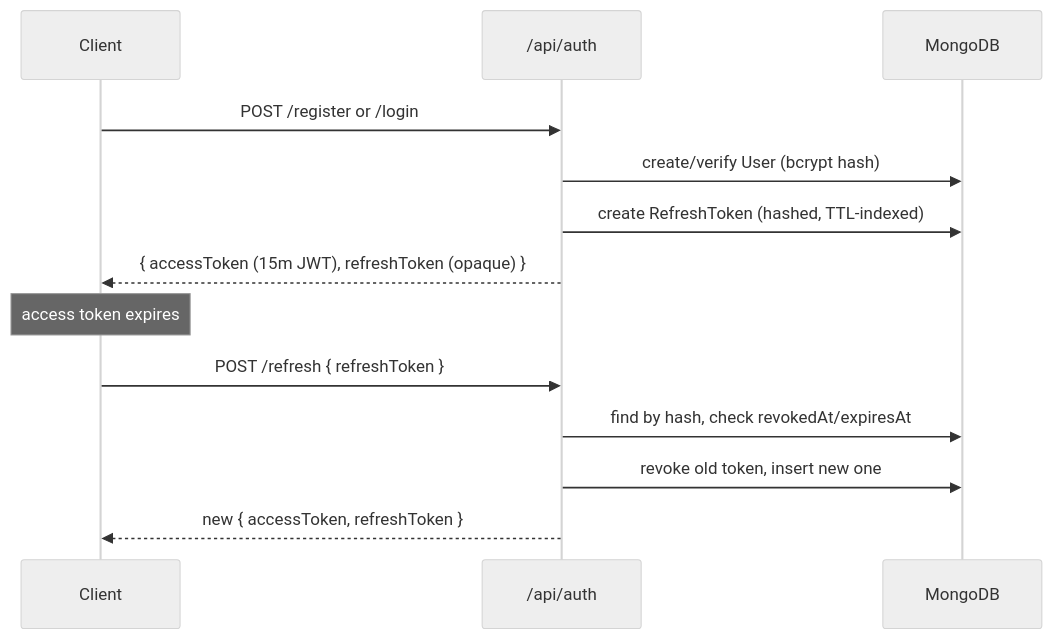
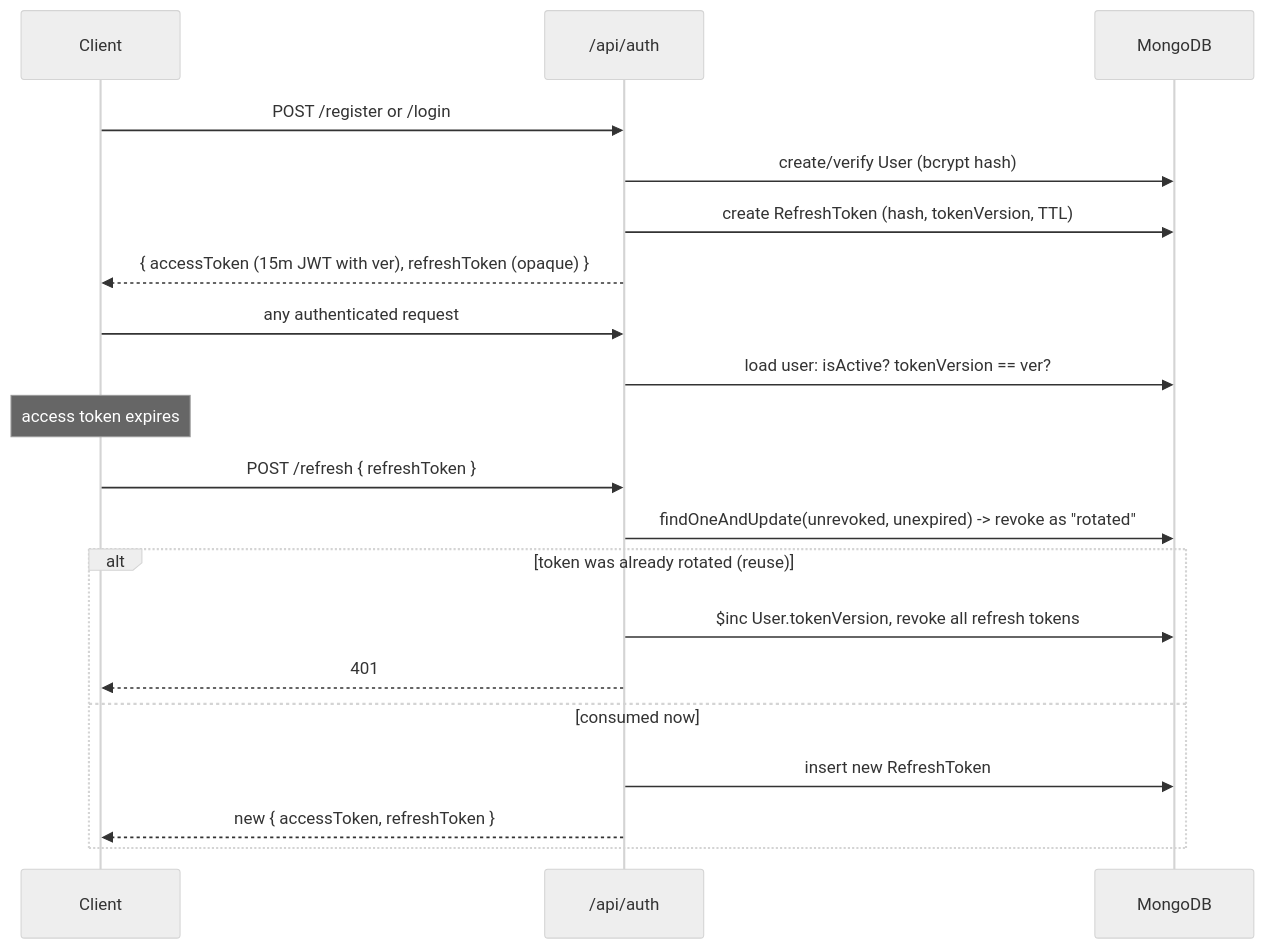
Before and after one commit to mohatab/recruitment-investment-api: the second of 4 diagrams in docs/ARCHITECTURE.md, drawn with Mermaid (neutral theme). The commit also changed other lines of this file and 35 other files, not shown here.

````diff
--- a/docs/ARCHITECTURE.md
+++ b/docs/ARCHITECTURE.md
@@ -61,17 +61,25 @@
 ```mermaid
 sequenceDiagram
     participant C as Client
     participant Auth as /api/auth
     participant DB as MongoDB
 
     C->>Auth: POST /register or /login
     Auth->>DB: create/verify User (bcrypt hash)
-    Auth->>DB: create RefreshToken (hashed, TTL-indexed)
-    Auth-->>C: { accessToken (15m JWT), refreshToken (opaque) }
+    Auth->>DB: create RefreshToken (hash, tokenVersion, TTL)
+    Auth-->>C: { accessToken (15m JWT with ver), refreshToken (opaque) }
+
+    C->>Auth: any authenticated request
+    Auth->>DB: load user: isActive? tokenVersion == ver?
 
     Note over C: access token expires
     C->>Auth: POST /refresh { refreshToken }
-    Auth->>DB: find by hash, check revokedAt/expiresAt
-    Auth->>DB: revoke old token, insert new one
-    Auth-->>C: new { accessToken, refreshToken }
+    Auth->>DB: findOneAndUpdate(unrevoked, unexpired) -> revoke as "rotated"
+    alt token was already rotated (reuse)
+        Auth->>DB: $inc User.tokenVersion, revoke all refresh tokens
+        Auth-->>C: 401
+    else consumed now
+        Auth->>DB: insert new RefreshToken
+        Auth-->>C: new { accessToken, refreshToken }
+    end
 ```
````
